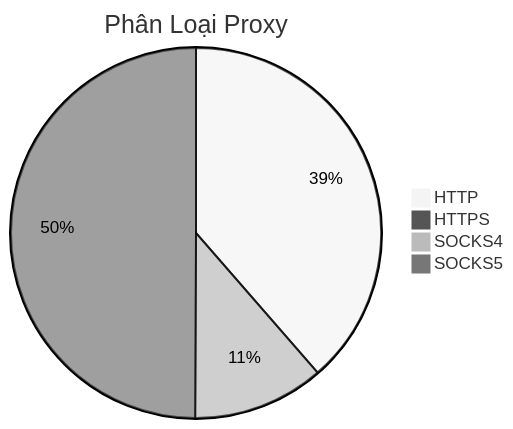
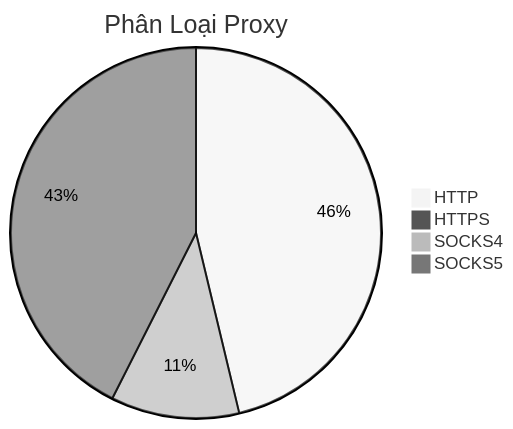
Before and after one commit to Ciara-12/PROXY-free: the diagram in README.md, drawn with Mermaid (neutral theme). The commit also changed other lines of this file and 4 other files, not shown here.

````diff
--- a/README.md
+++ b/README.md
@@ -26,7 +26,7 @@
 ```mermaid
 pie title Phân Loại Proxy
-    "HTTP" : 831
-    "HTTPS" : 0
-    "SOCKS4" : 247
-    "SOCKS5" : 1075
+    "HTTP" : 1098
+    "HTTPS" : 1
+    "SOCKS4" : 266
+    "SOCKS5" : 1010
 ```
````
